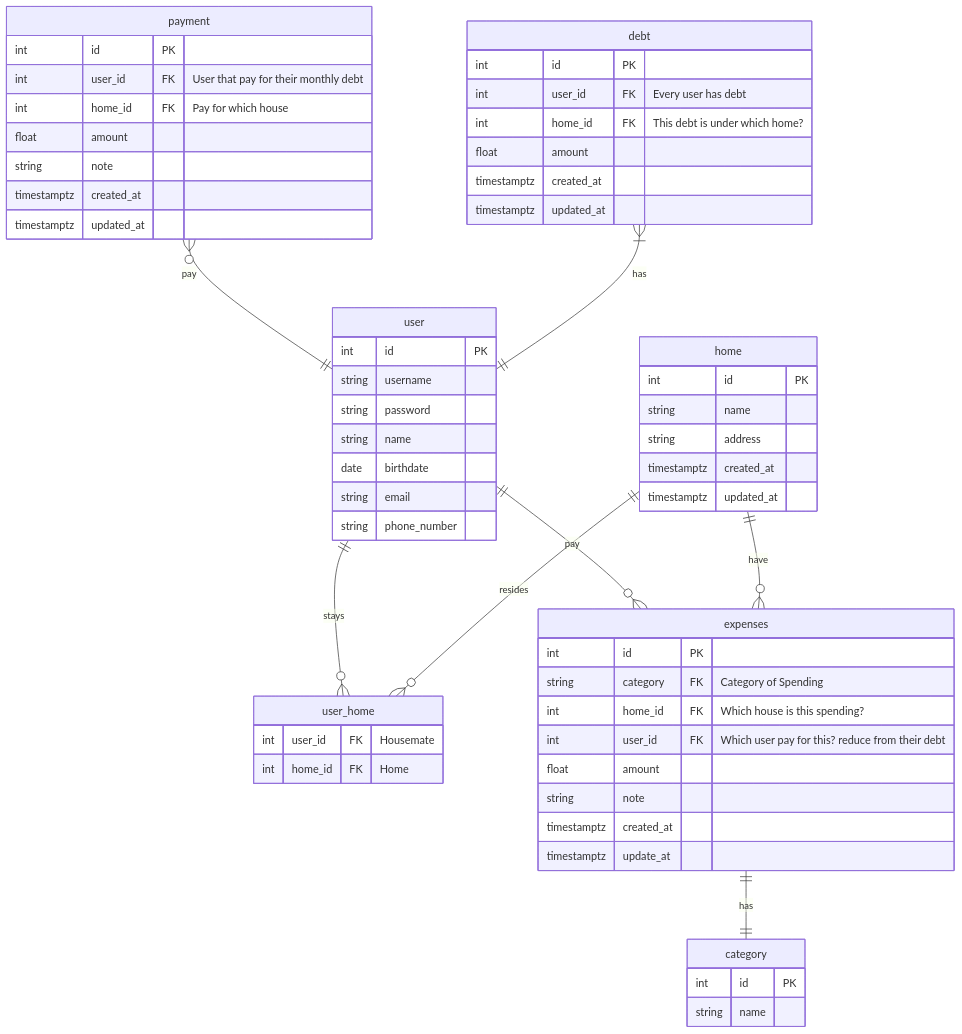
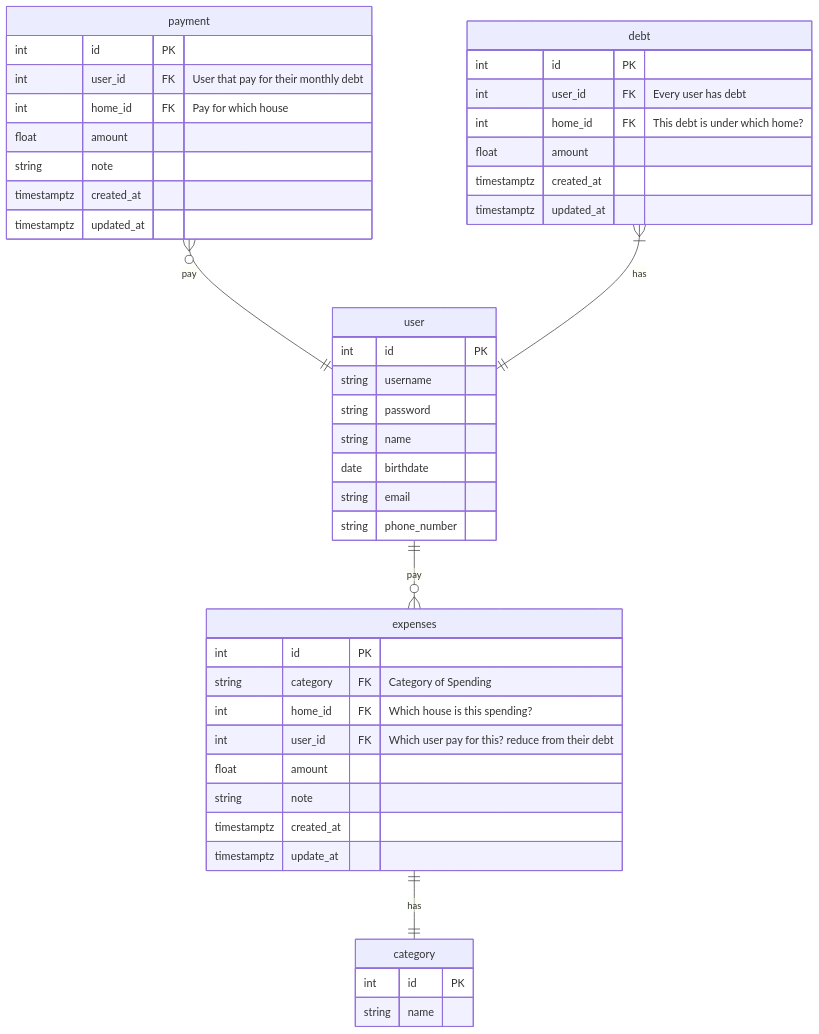
Before and after one commit to Skyquek/Trip-Bill-Management-System: the diagram in mini-project/Readme.md, drawn with Mermaid. The commit also changed other lines of this file, not shown here.

Commit message:
Remove composite table and home

````diff
--- a/mini-project/Readme.md
+++ b/mini-project/Readme.md
@@ -56,72 +60,56 @@
 ```mermaid
 erDiagram
-    user ||--o{ user_home : stays
     user ||--o{ expenses : pay
     user {
         int id PK
         string username
         string password
         string name
         date birthdate
         string email
         string phone_number
-    }
-    
-    home ||--o{ user_home : resides
-    home ||--o{ expenses : have
-    home {
-        int id PK
-        string name
-        string address
-        timestamptz created_at
-        timestamptz updated_at
-    }
-
-    user_home {
-        int user_id FK "Housemate"
-        int home_id FK "Home"
     }
 
     expenses ||--|| category: "has"
     expenses {
         int id PK
         string category FK "Category of Spending"
         int home_id FK "Which house is this spending?"
         int user_id FK "Which user pay for this? reduce from their debt"
         float amount
         string note
         timestamptz created_at
         timestamptz update_at
     }
 
     category {
         int id PK
         string name
     }
 
     payment o{--|| user: pay
     payment {
         int id PK
         int user_id FK "User that pay for their monthly debt"
         int home_id FK "Pay for which house"
         float amount
         string note
         timestamptz created_at
         timestamptz updated_at
     }
 
     debt |{--|| user : "has"
     debt {
         int id PK
         int user_id FK "Every user has debt"
         int home_id FK "This debt is under which home?"
         float amount
         timestamptz created_at
         timestamptz updated_at
     }
 
     
 
 
 
 ```
````
